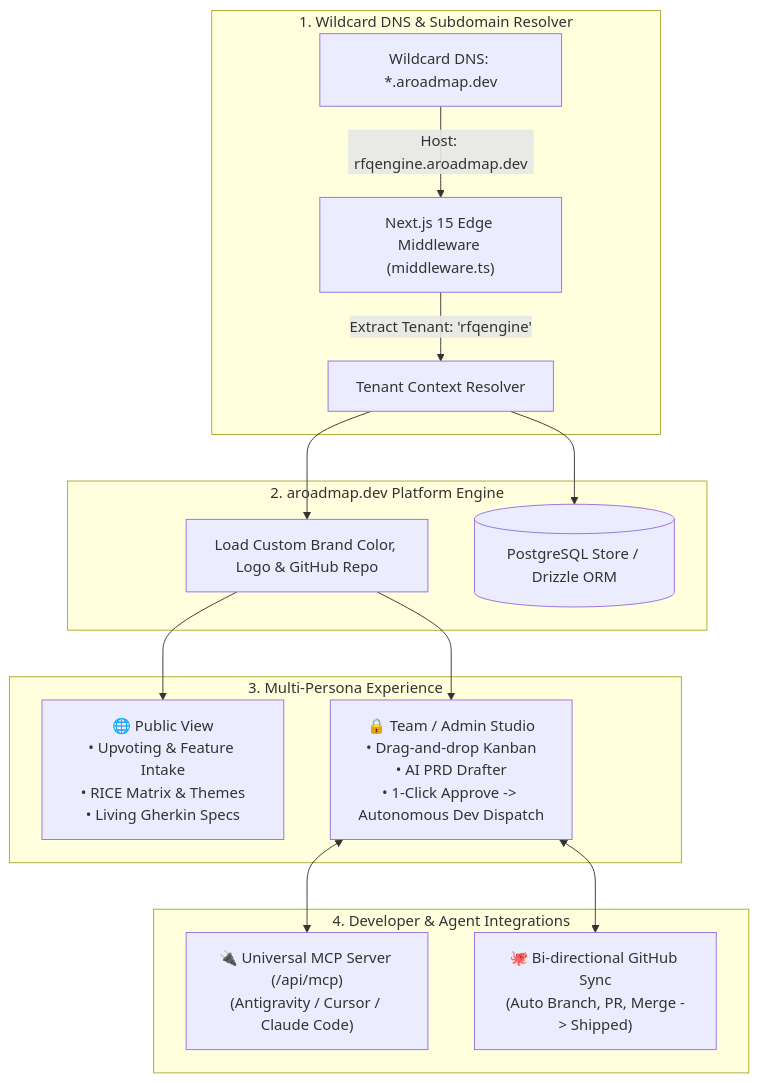
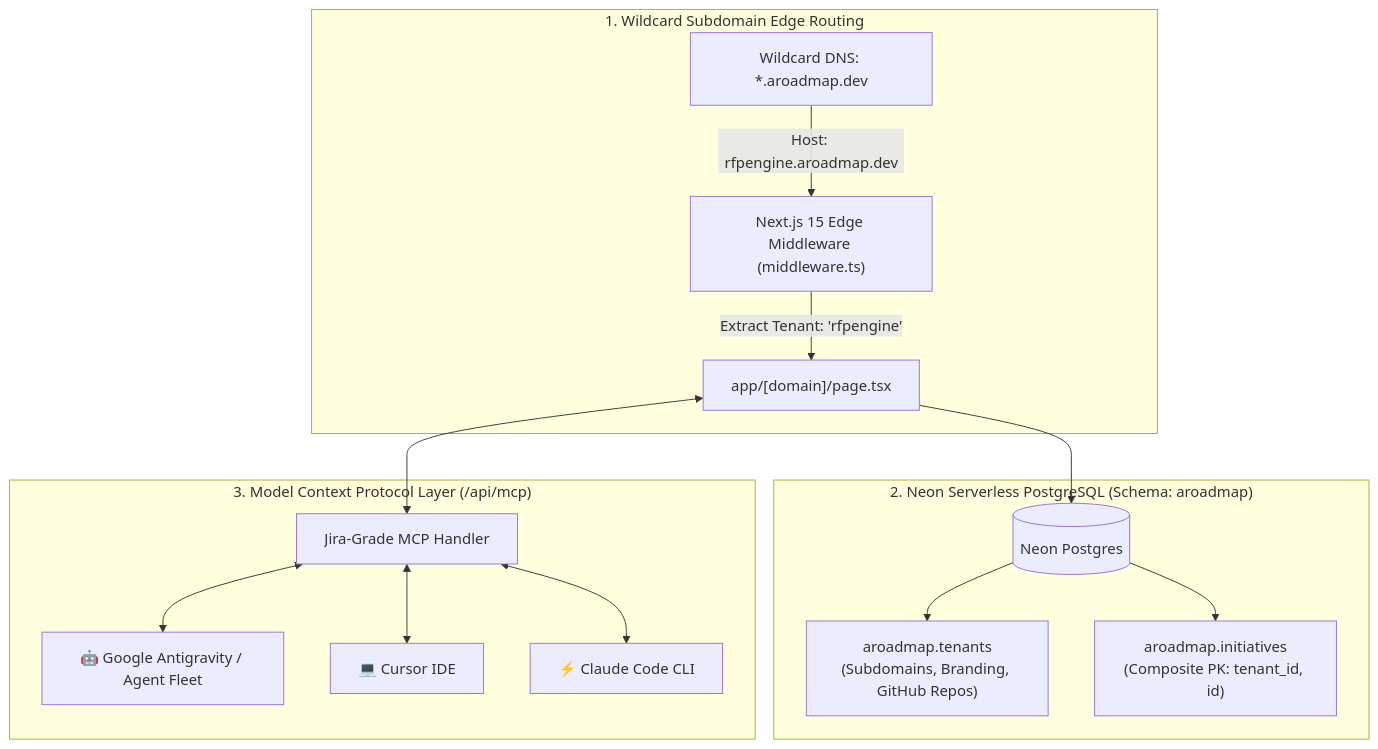
Before and after one commit to dipeshsingh2012/aroadmap: the diagram in README.md, drawn with Mermaid. The commit also changed other lines of this file, not shown here.

Commit message:
docs: update comprehensive aroadmap.dev README with 3-pillar MCP suite, Neon schema, and pure subdomain routing

````diff
--- a/README.md
+++ b/README.md
@@ -66,24 +67,22 @@
 ```mermaid
 flowchart TD
-    subgraph EdgeRouting ["1. Wildcard DNS & Subdomain Resolver"]
+    subgraph Routing ["1. Wildcard Subdomain Edge Routing"]
         DNS["Wildcard DNS: *.aroadmap.dev"]
         MW["Next.js 15 Edge Middleware (middleware.ts)"]
-        DNS -->|Host: rfqengine.aroadmap.dev| MW
-        MW -->|Extract Tenant: 'rfqengine'| TenantResolver["Tenant Context Resolver"]
+        DNS -->|Host: rfpengine.aroadmap.dev| MW
+        MW -->|Extract Tenant: 'rfpengine'| Page["app/[domain]/page.tsx"]
     end
 
-    subgraph CorePlatform ["2. aroadmap.dev Platform Engine"]
-        TenantResolver --> TenantConfig["Load Custom Brand Color, Logo & GitHub Repo"]
-        TenantResolver --> DB[(PostgreSQL Store / Drizzle ORM)]
+    subgraph Database ["2. Neon Serverless PostgreSQL (Schema: aroadmap)"]
+        Page --> DB[(Neon Postgres)]
+        DB --> T1["aroadmap.tenants<br/>(Subdomains, Branding, GitHub Repos)"]
+        DB --> T2["aroadmap.initiatives<br/>(Composite PK: tenant_id, id)"]
     end
 
-    subgraph UserExperience ["3. Multi-Persona Experience"]
-        TenantConfig --> PublicView["🌐 Public View<br/>• Upvoting & Feature Intake<br/>• RICE Matrix & Themes<br/>• Living Gherkin Specs"]
-        TenantConfig --> AdminStudio["🔒 Team / Admin Studio<br/>• Drag-and-drop Kanban<br/>• AI PRD Drafter<br/>• 1-Click Approve -> Autonomous Dev Dispatch"]
-    end
-
-    subgraph Integrations ["4. Developer & Agent Integrations"]
-        AdminStudio <--> MCP["🔌 Universal MCP Server (/api/mcp)<br/>(Antigravity / Cursor / Claude Code)"]
-        AdminStudio <--> GH["🐙 Bi-directional GitHub Sync<br/>(Auto Branch, PR, Merge -> Shipped)"]
+    subgraph MCP ["3. Model Context Protocol Layer (/api/mcp)"]
+        Page <--> MCPServer["Jira-Grade MCP Handler"]
+        MCPServer <--> Antigravity["🤖 Google Antigravity / Agent Fleet"]
+        MCPServer <--> Cursor["💻 Cursor IDE"]
+        MCPServer <--> Claude["⚡ Claude Code CLI"]
     end
 ```
````
